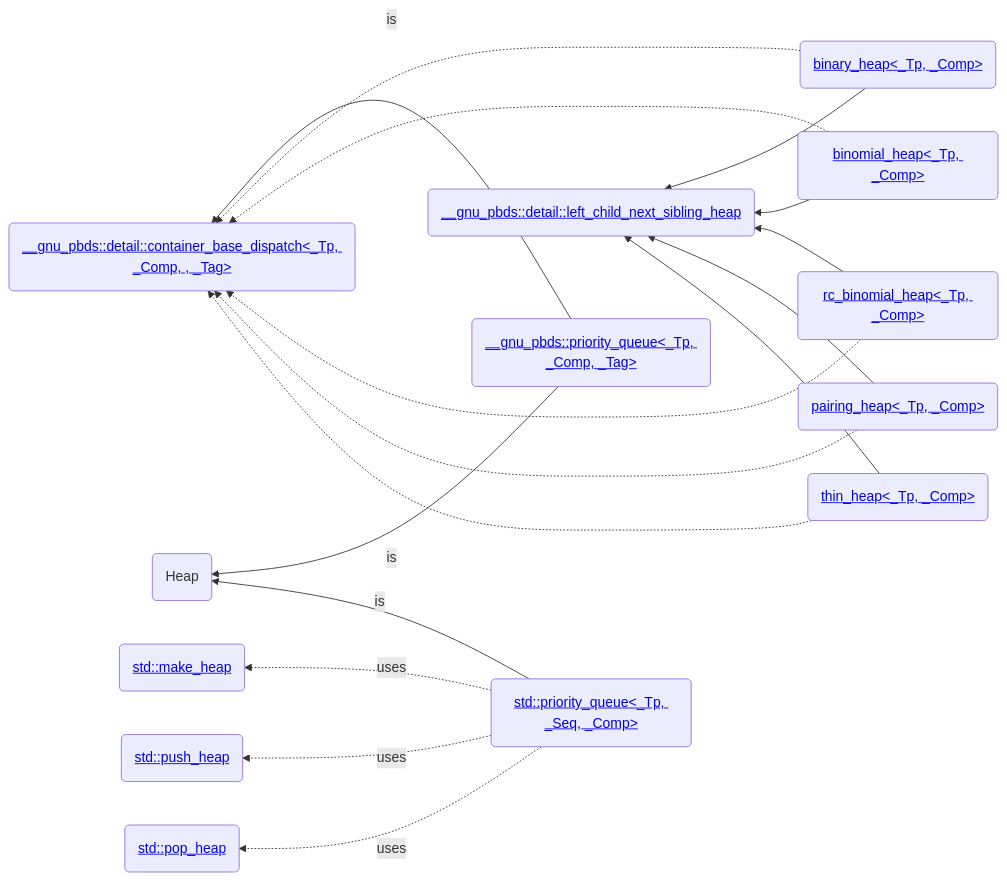
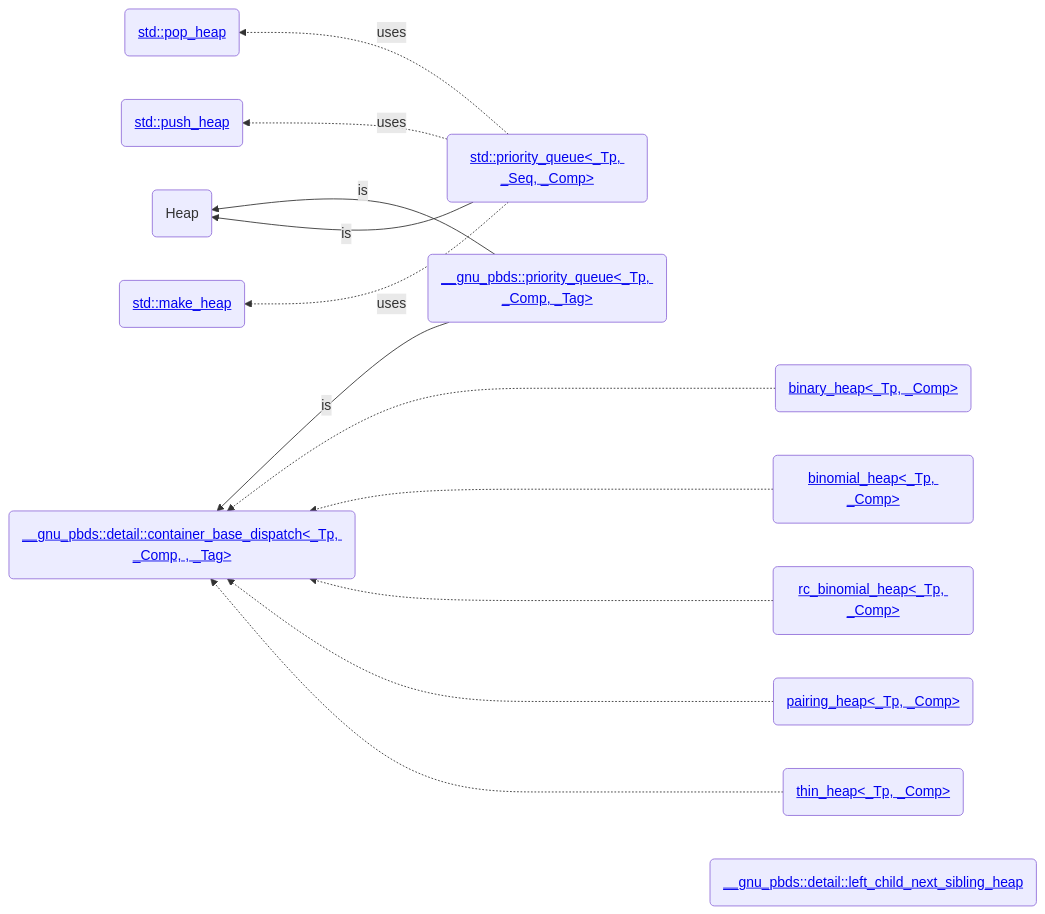
Before and after one commit to AsherJingkongChen/ds-assign4: the diagram in doc/priority_queue.md, drawn with Mermaid.

Commit message:
Asher Chen commited at 2022-12-28_16-51-27

````diff
--- a/doc/priority_queue.md
+++ b/doc/priority_queue.md
@@ -3,35 +3,31 @@
 ```mermaid
 graph RL;
 heap(Heap);
 gpq(<a href=https://gcc.gnu.org/onlinedocs/gcc-12.2.0/libstdc++/api/a12902.html>__gnu_pbds::priority_queue<_Tp, _Comp, _Tag></a>);
 spq(<a href=https://gcc.gnu.org/onlinedocs/gcc-12.2.0/libstdc++/api/a08762.html>std::priority_queue<_Tp, _Seq, _Comp></a>);
 make(<a href=https://gcc.gnu.org/onlinedocs/gcc-12.2.0/libstdc++/api/a01614.html#ga2a685c934e85086e5ac372026e8064f6>std::make_heap</a>);
 push(<a href=https://gcc.gnu.org/onlinedocs/gcc-12.2.0/libstdc++/api/a01614.html#gab628ce505c9574f8929a0fa49ed514b3>std::push_heap</a>);
 pop(<a href=https://gcc.gnu.org/onlinedocs/gcc-12.2.0/libstdc++/api/a01614.html#ga0a57ba46981d46e0f3ebd4703d0ad18b>std::pop_heap);
 binhp(<a href=https://gcc.gnu.org/onlinedocs/gcc-12.2.0/libstdc++/api/a13278.html>binary_heap<_Tp, _Comp></a>);
 bimhp(<a href=https://gcc.gnu.org/onlinedocs/gcc-12.2.0/libstdc++/api/a13326.html>binomial_heap<_Tp, _Comp></a>);
 pahp(<a href=https://gcc.gnu.org/onlinedocs/gcc-12.2.0/libstdc++/api/a13550.html>pairing_heap<_Tp, _Comp></a>);
 rbimhp(<a href=https://gcc.gnu.org/onlinedocs/gcc-12.2.0/libstdc++/api/a13654.html>rc_binomial_heap<_Tp, _Comp></a>);
 thinhp(<a href=https://gcc.gnu.org/onlinedocs/gcc-12.2.0/libstdc++/api/a13702.html>thin_heap<_Tp, _Comp></a>);
 gcbase(<a href=https://gcc.gnu.org/onlinedocs/gcc-12.2.0/libstdc++/api/a13070.html>__gnu_pbds::detail::container_base_dispatch<_Tp, _Comp, , _Tag></a>);
 lcnsh(<a href=https://gcc.gnu.org/onlinedocs/gcc-12.2.0/libstdc++/api/a13482.html>__gnu_pbds::detail::left_child_next_sibling_heap</a>);
 
 gpq -->|is| heap;
 spq -->|is| heap;
 
 spq .->|uses| make;
 spq .->|uses| push;
 spq .->|uses| pop;
 
 gpq -->|is| gcbase;
+
 binhp ..-> gcbase;
-binhp --> lcnsh;
 bimhp ..-> gcbase;
-bimhp --> lcnsh;
 rbimhp ..-> gcbase;
-rbimhp --> lcnsh;
 pahp ..-> gcbase;
-pahp --> lcnsh;
 thinhp ..-> gcbase;
-thinhp --> lcnsh;
 ```
````
